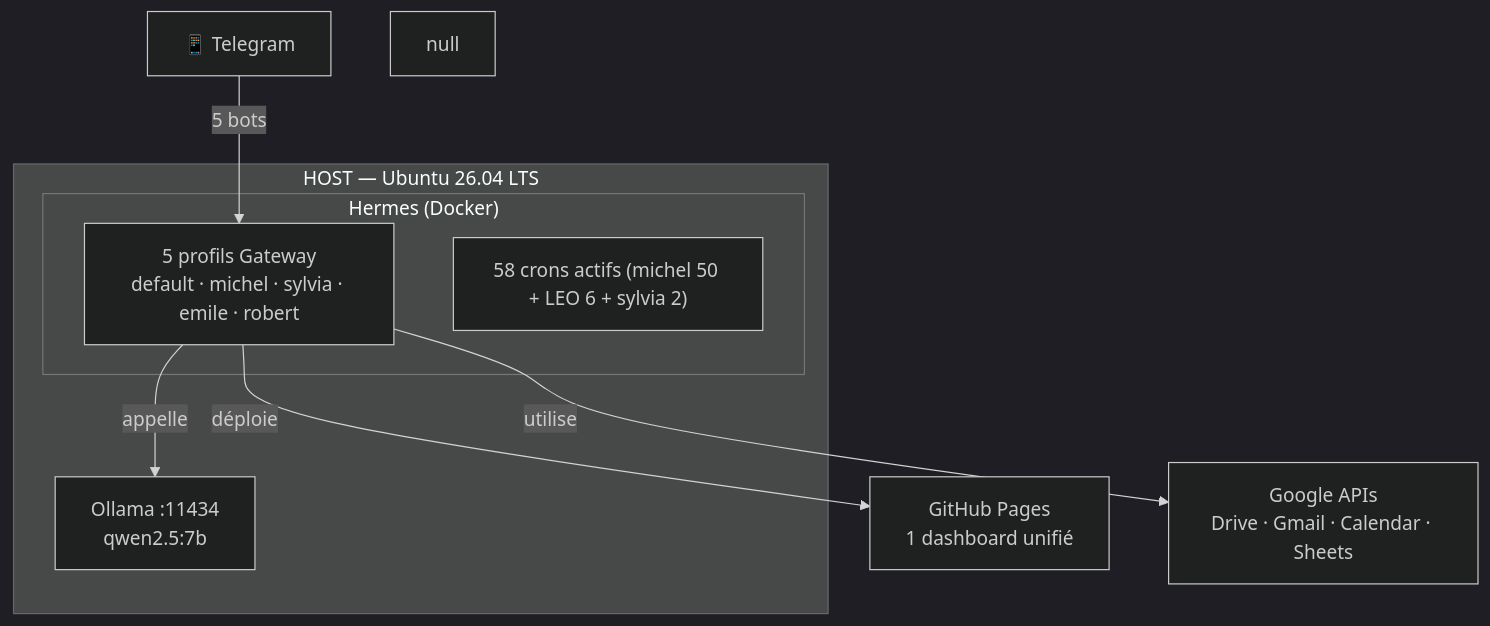
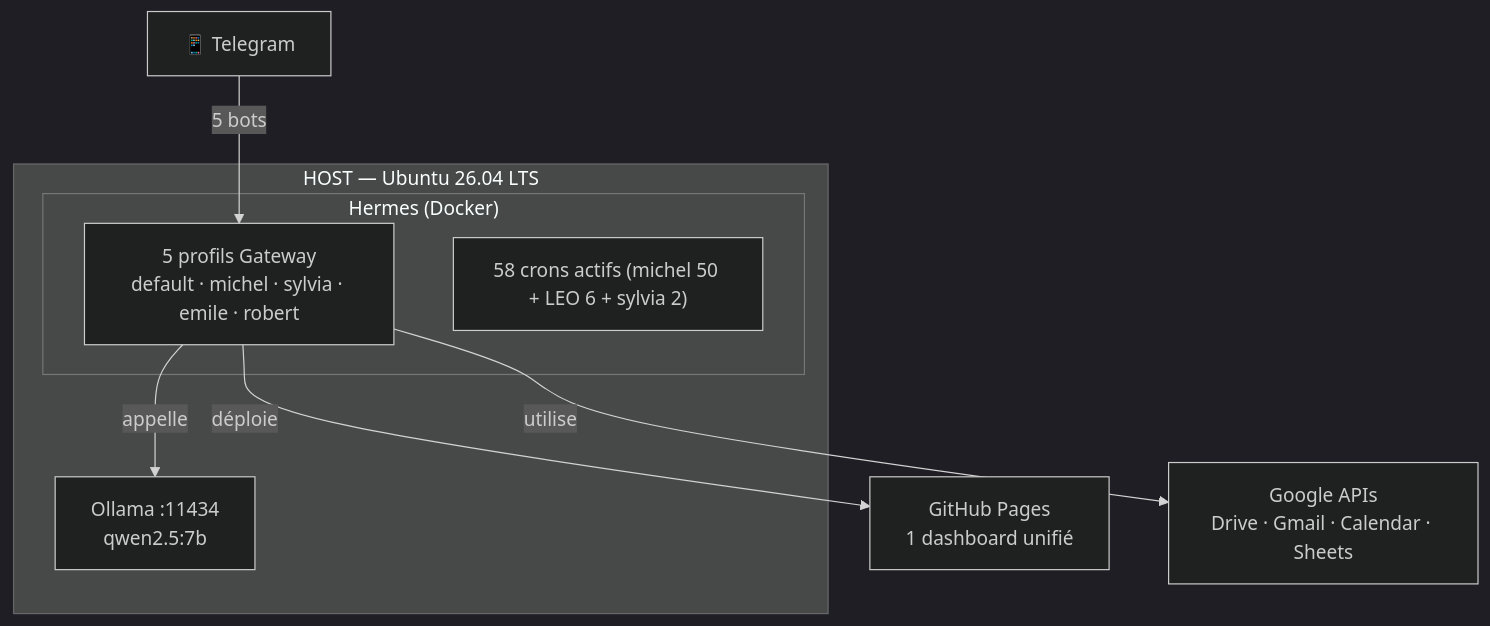
One commit to christophedanhier-hash/hermes-wiki changed the diagram in docs/hermes/installation/linux.md. Above: the diagram before and after it, drawn with Mermaid (dark theme). The commit also changed 29 other files, not shown here.

````diff
--- a/docs/hermes/installation/linux.md
+++ b/docs/hermes/installation/linux.md
@@ -129,16 +129,15 @@
 ```mermaid
 graph TB
     subgraph HOST["HOST — Ubuntu 26.04 LTS"]
         Ollama["Ollama :11434<br/>qwen2.5:7b"]
         subgraph Docker["Hermes (Docker)"]
             GW["5 profils Gateway<br/>default · michel · sylvia · emile · robert"]
             Crons["58 crons actifs (michel 50 + LEO 6 + sylvia 2)"]
         end
     end
     
     Telegram["📱 Telegram"] -->|"5 bots"| GW
     GW -->|"déploie"| GH["GitHub Pages<br/>1 dashboard unifié"]
     GW -->|"utilise"| Google["Google APIs<br/>Drive · Gmail · Calendar · Sheets"]
     GW -->|"appelle"| Ollama
-    null
 ```
````
